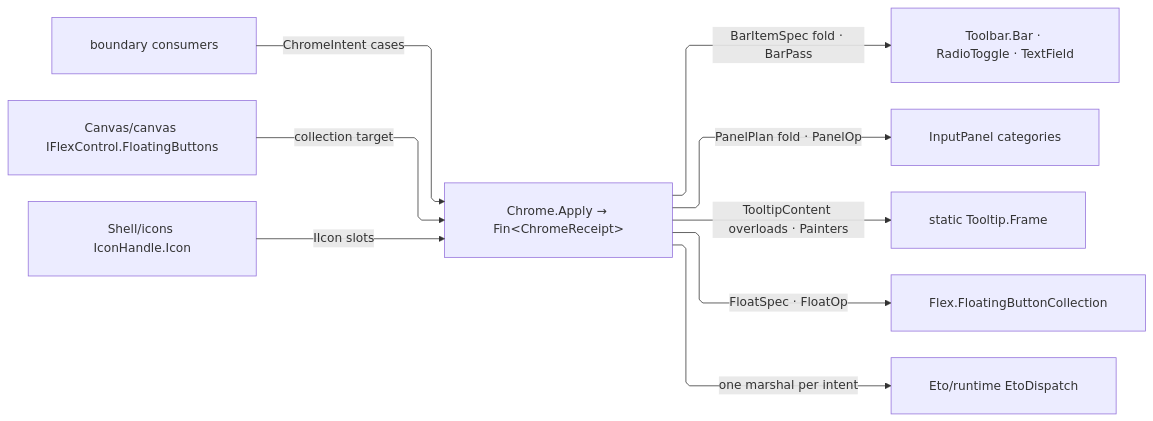
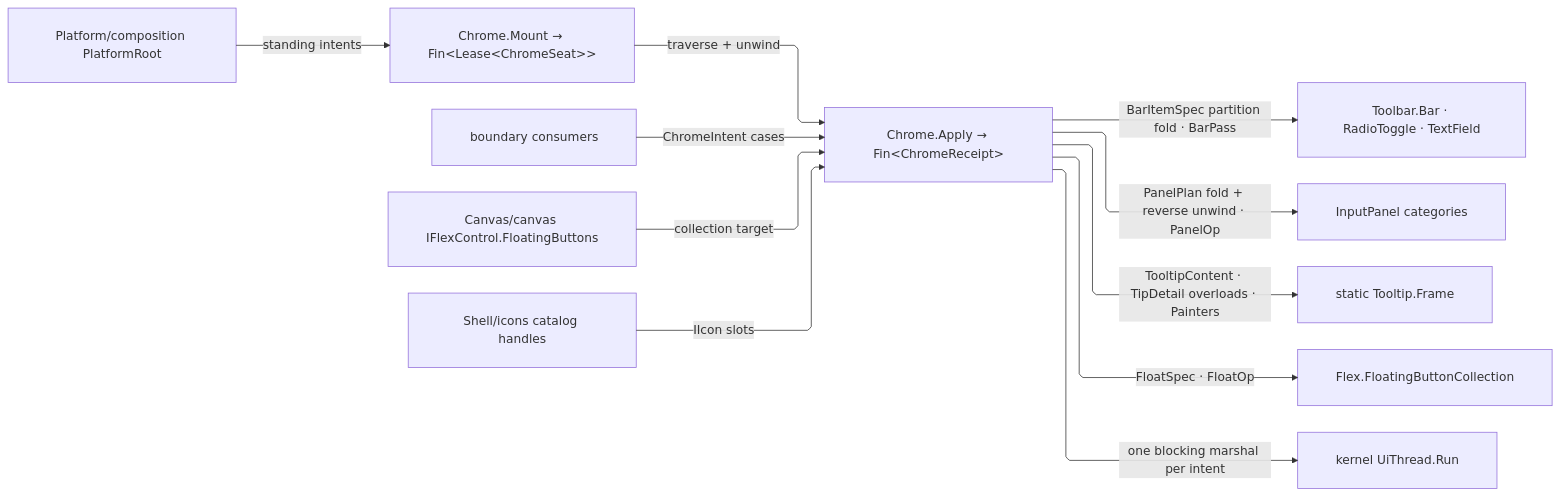
The diagram in libs/csharp/Rasm.Grasshopper/.planning/Shell/chrome.md (bsamiee/Rasm), drawn with Mermaid before and after one commit. The commit also changed other lines of this file and 818 other files, not shown here.

````diff
--- a/libs/csharp/Rasm.Grasshopper/.planning/Shell/chrome.md
+++ b/libs/csharp/Rasm.Grasshopper/.planning/Shell/chrome.md
@@ -390,20 +436,22 @@
 ```mermaid
 ---
 config:
   layout: elk
   flowchart:
     curve: linear
     padding: 25
 ---
 flowchart LR
     accTitle: One chrome gate settles every family
-    accDescr: Boundary consumers and the canvas float collection enter one Chrome.Apply gate that folds bar items, panel plans, tooltip content, and float verbs onto their GH2 chrome hosts, composing icon handles and marshalling once per intent through EtoDispatch.
-    Consumer["boundary consumers"] -->|ChromeIntent cases| Gate["Chrome.Apply → Fin&lt;ChromeReceipt&gt;"]
+    accDescr: Boundary consumers and the canvas float collection enter one Chrome.Apply gate that folds bar items, panel plans, tooltip content, and float verbs onto their GH2 chrome hosts; the composition root mounts the standing set as one unwindable leased traverse; every settlement marshals through the kernel UiThread.
+    Root["Platform/composition PlatformRoot"] -->|standing intents| Mount["Chrome.Mount → Fin&lt;Lease&lt;ChromeSeat&gt;&gt;"]
+    Mount -->|traverse + unwind| Gate["Chrome.Apply → Fin&lt;ChromeReceipt&gt;"]
+    Consumer["boundary consumers"] -->|ChromeIntent cases| Gate
     CanvasPage["Canvas/canvas IFlexControl.FloatingButtons"] -->|collection target| Gate
-    Gate -->|BarItemSpec fold · BarPass| Bars["Toolbar.Bar · RadioToggle · TextField"]
-    Gate -->|PanelPlan fold · PanelOp| Panel["InputPanel categories"]
-    Gate -->|TooltipContent overloads · Painters| Tip["static Tooltip.Frame"]
+    Gate -->|BarItemSpec partition fold · BarPass| Bars["Toolbar.Bar · RadioToggle · TextField"]
+    Gate -->|PanelPlan fold + reverse unwind · PanelOp| Panel["InputPanel categories"]
+    Gate -->|TooltipContent · TipDetail overloads · Painters| Tip["static Tooltip.Frame"]
     Gate -->|FloatSpec · FloatOp| Floats["Flex.FloatingButtonCollection"]
-    Icons["Shell/icons IconHandle.Icon"] -->|IIcon slots| Gate
-    Gate -->|one marshal per intent| Dispatch["Eto/runtime EtoDispatch"]
+    Icons["Shell/icons catalog handles"] -->|IIcon slots| Gate
+    Gate -->|one blocking marshal per intent| Dispatch["kernel UiThread.Run"]
 ```
````
